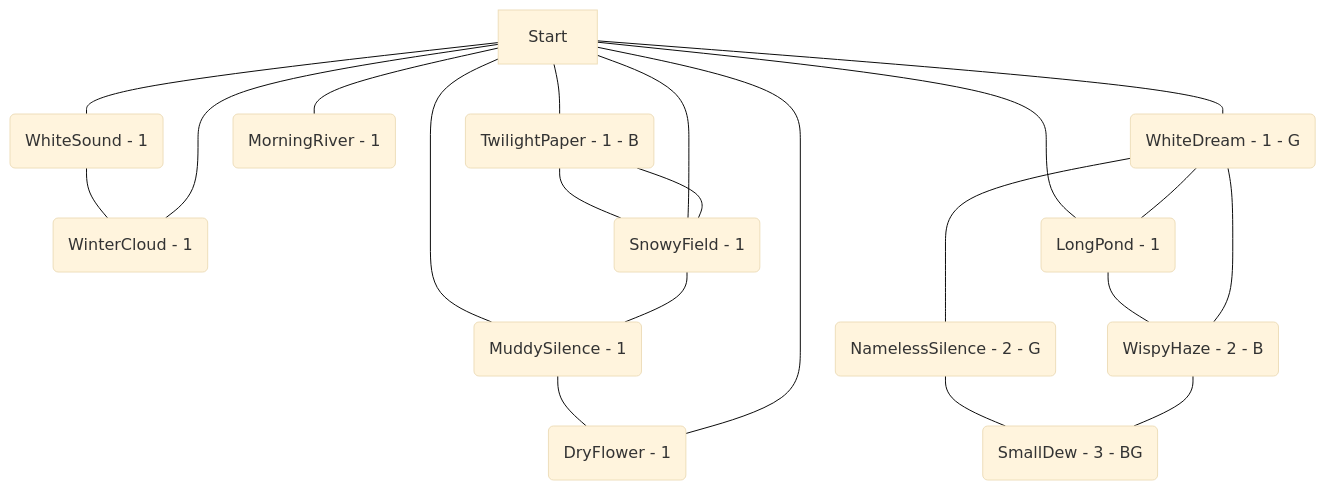
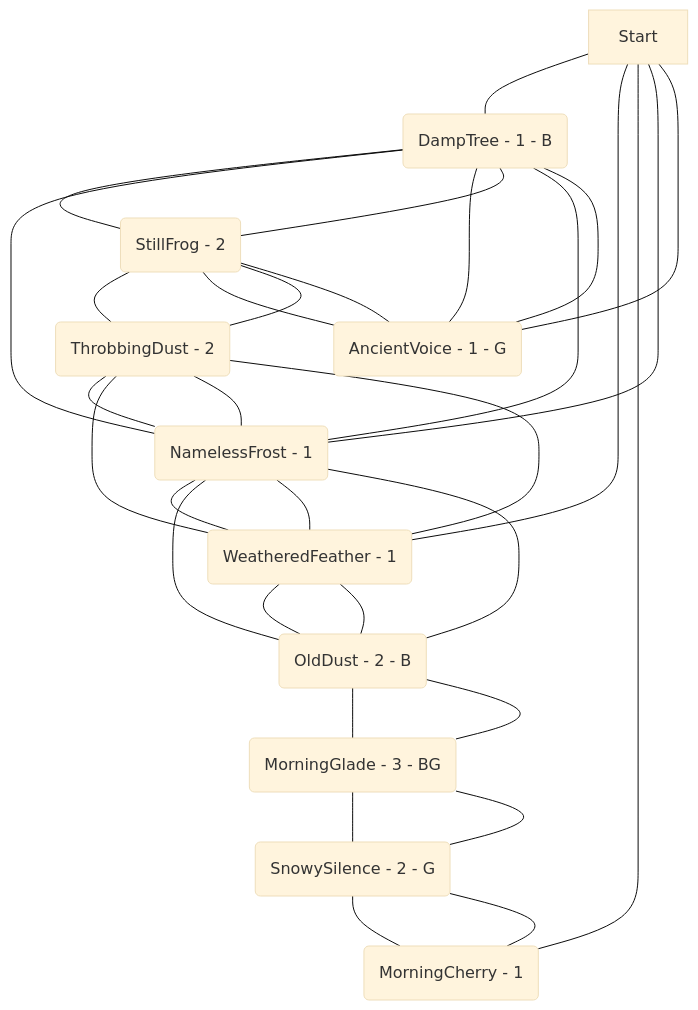
One commit to kinostl/Automatic-Liberation-Map changed the diagram in examples/003.md. Above: the diagram before and after it, drawn with Mermaid (base theme). The commit also changed other lines of this file and 10 other files, not shown here.

````diff
--- a/examples/003.md
+++ b/examples/003.md
@@ -4,23 +4,34 @@
 ```mermaid  
 flowchart TD  
-	Start --- gNlboLhZ(TwilightPaper - 1 - B)  
-	UmuwleJx(WhiteSound - 1) --- nELbOcfx(WinterCloud - 1)  
-	Start --- kJWqXavU(LongPond - 1)  
-	Start --- nELbOcfx(WinterCloud - 1)  
-	Start --- UmuwleJx(WhiteSound - 1)  
-	Start --- NMgpRVvd(MorningRiver - 1)  
-	UBHWXSEJ(WhiteDream - 1 - G) --- kJWqXavU(LongPond - 1)  
-	kIJvFzxy(MuddySilence - 1) --- vuIdnKLR(DryFlower - 1)  
-	YSDiwPuc(SnowyField - 1) --- gNlboLhZ(TwilightPaper - 1 - B)  
-	Start --- vuIdnKLR(DryFlower - 1)  
-	UBHWXSEJ(WhiteDream - 1 - G) --- nlyOHeAz(NamelessSilence - 2 - G)  
-	Start --- UBHWXSEJ(WhiteDream - 1 - G)  
-	gNlboLhZ(TwilightPaper - 1 - B) --- YSDiwPuc(SnowyField - 1)  
-	nlyOHeAz(NamelessSilence - 2 - G) --- RnbLfVpT(SmallDew - 3 - BG)  
-	Start --- kIJvFzxy(MuddySilence - 1)  
-	Start --- YSDiwPuc(SnowyField - 1)  
-	kJWqXavU(LongPond - 1) --- rqYdsgnz(WispyHaze - 2 - B)  
-	YSDiwPuc(SnowyField - 1) --- kIJvFzxy(MuddySilence - 1)  
-	UBHWXSEJ(WhiteDream - 1 - G) --- rqYdsgnz(WispyHaze - 2 - B)  
-	rqYdsgnz(WispyHaze - 2 - B) --- RnbLfVpT(SmallDew - 3 - BG)  
+	Start --- xcrIUPFg(DampTree - 1 - B)  
+	RmbcEtiJ(WeatheredFeather - 1) --- VTjRHpDx(NamelessFrost - 1)  
+	KPvBQUlG(StillFrog - 2) --- xcrIUPFg(DampTree - 1 - B)  
+	VTjRHpDx(NamelessFrost - 1) --- QGNLEkzn(ThrobbingDust - 2)  
+	Start --- RmbcEtiJ(WeatheredFeather - 1)  
+	qzPwIAgZ(AncientVoice - 1 - G) --- xcrIUPFg(DampTree - 1 - B)  
+	lwYbAeKx(SnowySilence - 2 - G) --- gxMKpGOJ(MorningGlade - 3 - BG)  
+	vuZLbPJO(OldDust - 2 - B) --- VTjRHpDx(NamelessFrost - 1)  
+	VTjRHpDx(NamelessFrost - 1) --- xcrIUPFg(DampTree - 1 - B)  
+	gxMKpGOJ(MorningGlade - 3 - BG) --- vuZLbPJO(OldDust - 2 - B)  
+	Start --- iITahymR(MorningCherry - 1)  
+	lwYbAeKx(SnowySilence - 2 - G) --- iITahymR(MorningCherry - 1)  
+	QGNLEkzn(ThrobbingDust - 2) --- VTjRHpDx(NamelessFrost - 1)  
+	qzPwIAgZ(AncientVoice - 1 - G) --- KPvBQUlG(StillFrog - 2)  
+	gxMKpGOJ(MorningGlade - 3 - BG) --- lwYbAeKx(SnowySilence - 2 - G)  
+	iITahymR(MorningCherry - 1) --- lwYbAeKx(SnowySilence - 2 - G)  
+	QGNLEkzn(ThrobbingDust - 2) --- KPvBQUlG(StillFrog - 2)  
+	Start --- VTjRHpDx(NamelessFrost - 1)  
+	RmbcEtiJ(WeatheredFeather - 1) --- QGNLEkzn(ThrobbingDust - 2)  
+	vuZLbPJO(OldDust - 2 - B) --- gxMKpGOJ(MorningGlade - 3 - BG)  
+	vuZLbPJO(OldDust - 2 - B) --- RmbcEtiJ(WeatheredFeather - 1)  
+	xcrIUPFg(DampTree - 1 - B) --- KPvBQUlG(StillFrog - 2)  
+	KPvBQUlG(StillFrog - 2) --- QGNLEkzn(ThrobbingDust - 2)  
+	xcrIUPFg(DampTree - 1 - B) --- VTjRHpDx(NamelessFrost - 1)  
+	QGNLEkzn(ThrobbingDust - 2) --- RmbcEtiJ(WeatheredFeather - 1)  
+	VTjRHpDx(NamelessFrost - 1) --- RmbcEtiJ(WeatheredFeather - 1)  
+	xcrIUPFg(DampTree - 1 - B) --- qzPwIAgZ(AncientVoice - 1 - G)  
+	VTjRHpDx(NamelessFrost - 1) --- vuZLbPJO(OldDust - 2 - B)  
+	RmbcEtiJ(WeatheredFeather - 1) --- vuZLbPJO(OldDust - 2 - B)  
+	Start --- qzPwIAgZ(AncientVoice - 1 - G)  
+	KPvBQUlG(StillFrog - 2) --- qzPwIAgZ(AncientVoice - 1 - G)  
 ```  
````
